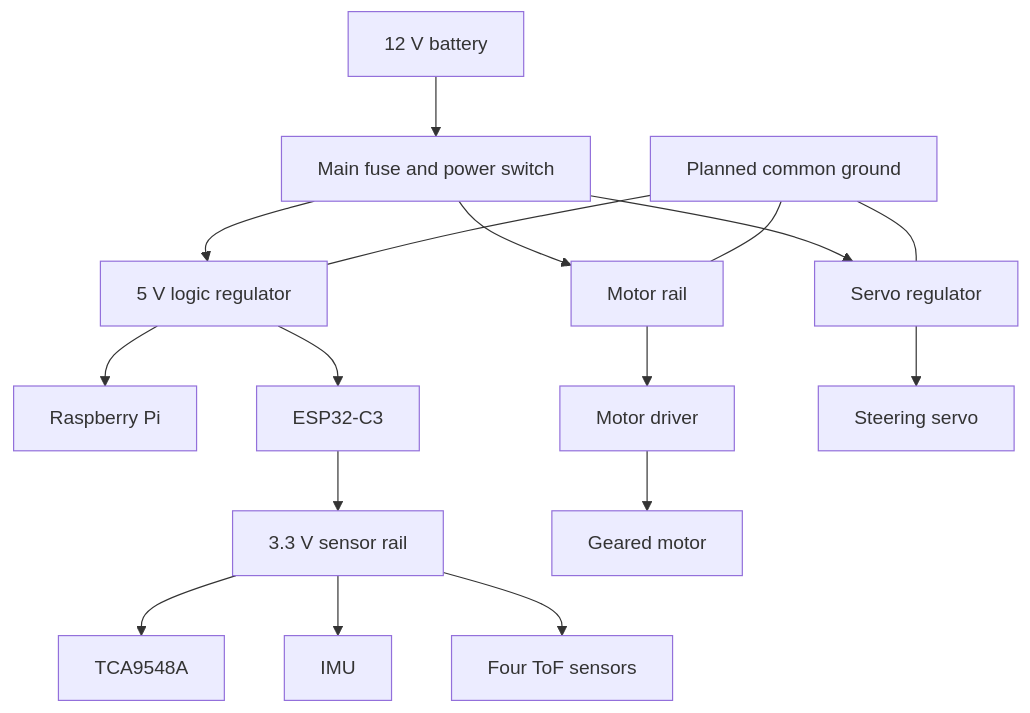
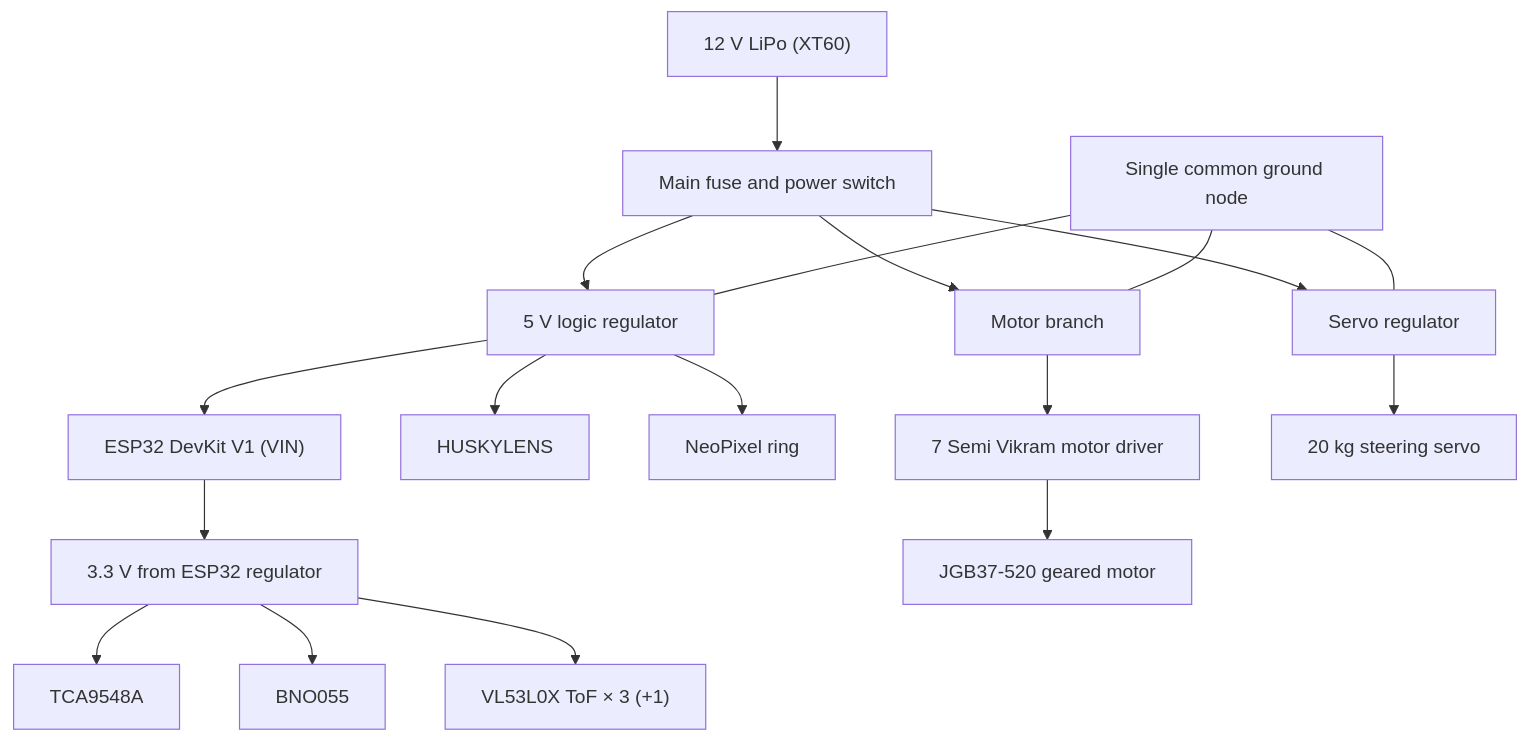
One commit to SH047/Yo_Cntrl_Alt_Defeat changed the second of 4 diagrams in README.md. Above: the diagram before and after it, drawn with Mermaid. The commit also changed other lines of this file, not shown here.

````diff
--- a/README.md
+++ b/README.md
@@ -90,19 +129,20 @@
 ```mermaid
 flowchart TD
-    Battery[12 V battery] --> Fuse[Main fuse and power switch]
-    Fuse --> MotorRail[Motor rail]
+    Battery["12 V LiPo (XT60)"] --> Fuse[Main fuse and power switch]
+    Fuse --> MotorRail[Motor branch]
     Fuse --> ServoReg[Servo regulator]
     Fuse --> LogicReg[5 V logic regulator]
-    LogicReg --> Pi[Raspberry Pi]
-    LogicReg --> ESP[ESP32-C3]
-    ESP --> SensorRail[3.3 V sensor rail]
+    LogicReg --> ESP["ESP32 DevKit V1 (VIN)"]
+    LogicReg --> Husky[HUSKYLENS]
+    LogicReg --> Ring[NeoPixel ring]
+    ESP --> SensorRail["3.3 V from ESP32 regulator"]
     SensorRail --> Mux[TCA9548A]
-    SensorRail --> IMU[IMU]
-    SensorRail --> ToF[Four ToF sensors]
-    MotorRail --> Driver[Motor driver]
-    Driver --> Motor[Geared motor]
-    ServoReg --> Servo[Steering servo]
-    Ground[Planned common ground] --- MotorRail
+    SensorRail --> IMU[BNO055]
+    SensorRail --> ToF["VL53L0X ToF × 3 (+1)"]
+    MotorRail --> Driver[7 Semi Vikram motor driver]
+    Driver --> Motor[JGB37-520 geared motor]
+    ServoReg --> Servo[20 kg steering servo]
+    Ground[Single common ground node] --- MotorRail
     Ground --- ServoReg
     Ground --- LogicReg
 ```
````
